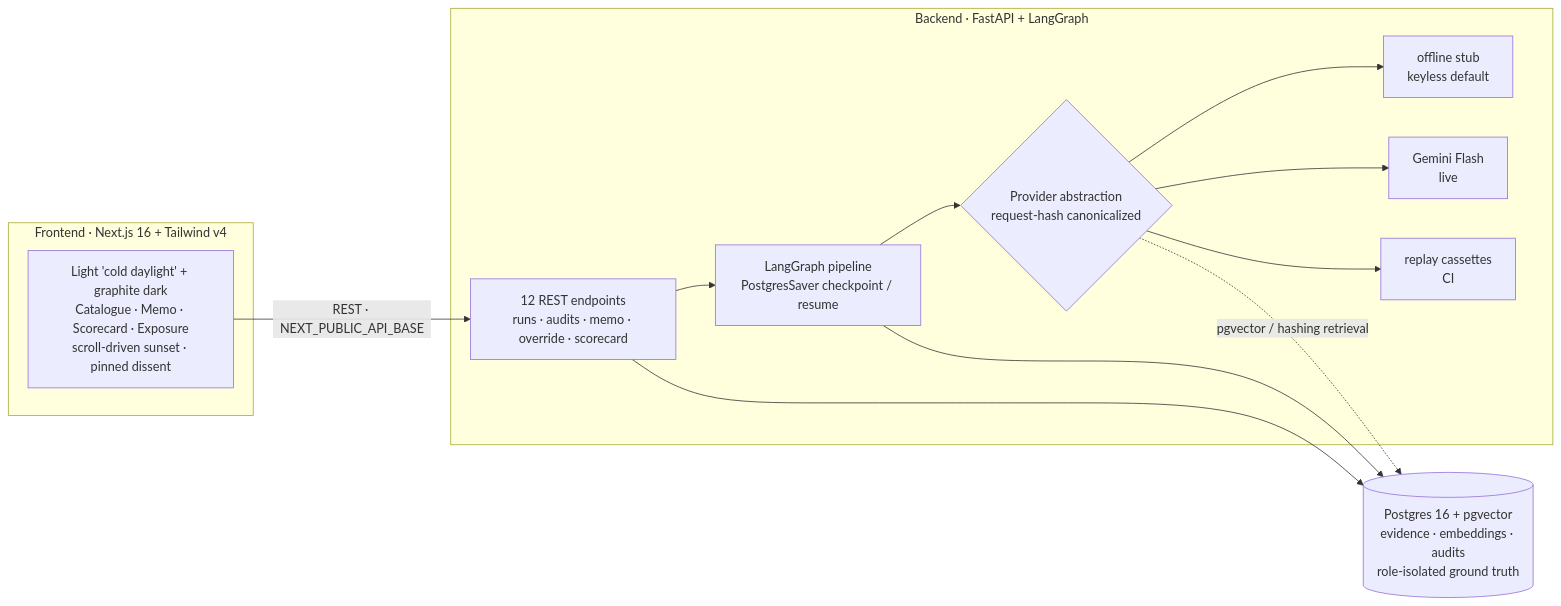
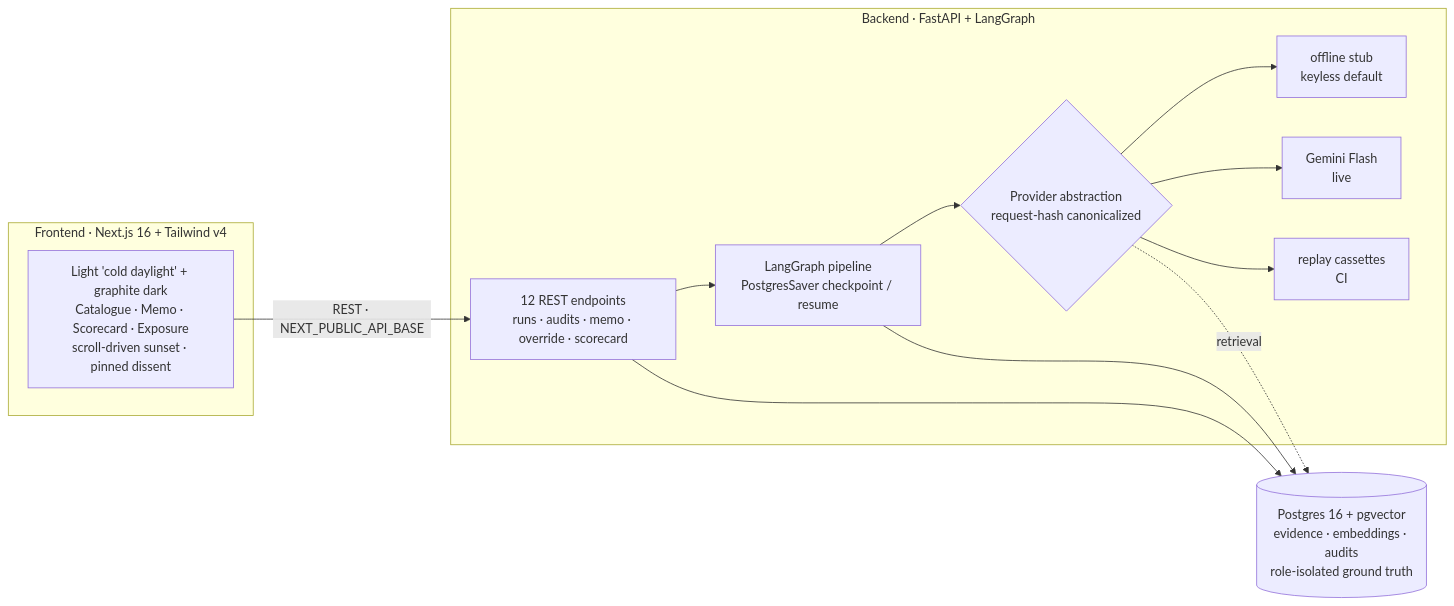
The second of 2 diagrams in README.md (MayankSinghRaghav/sunset-deprecation-agent), drawn with Mermaid before and after one commit.

Commit message:
docs: simplify a Mermaid edge label for renderer compatibility
Claude-Session: https://claude.ai/code/session_01FaBJGZQmauDTNTS7y87EA2

````diff
--- a/README.md
+++ b/README.md
@@ -156,23 +156,23 @@
 ```mermaid
 flowchart LR
     subgraph FE ["Frontend · Next.js 16 + Tailwind v4"]
         UI["Light 'cold daylight' + graphite dark<br/>Catalogue · Memo · Scorecard · Exposure<br/>scroll-driven sunset · pinned dissent"]
     end
     subgraph BE ["Backend · FastAPI + LangGraph"]
         API["12 REST endpoints<br/>runs · audits · memo · override · scorecard"]
         GRAPH["LangGraph pipeline<br/>PostgresSaver checkpoint / resume"]
         PROV{"Provider abstraction<br/>request-hash canonicalized"}
         OFF["offline stub<br/>keyless default"]
         GEM["Gemini Flash<br/>live"]
         REP["replay cassettes<br/>CI"]
     end
     DB[("Postgres 16 + pgvector<br/>evidence · embeddings · audits<br/>role-isolated ground truth")]
 
     UI -->|"REST · NEXT_PUBLIC_API_BASE"| API
     API --> GRAPH
     GRAPH --> PROV
     PROV --> OFF & GEM & REP
     API --> DB
     GRAPH --> DB
-    PROV -. "pgvector / hashing retrieval" .-> DB
+    PROV -. retrieval .-> DB
 ```
````
